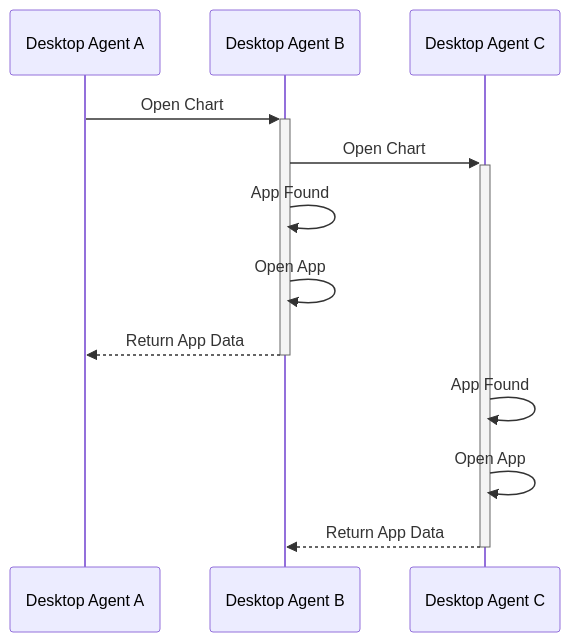
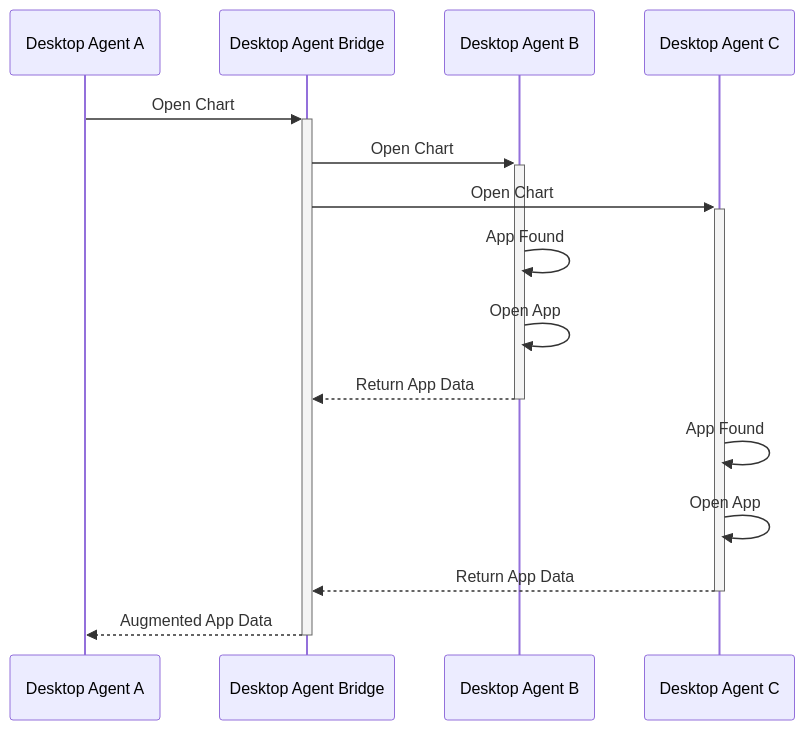
One commit to finos/FDC3 changed the fourth of 6 diagrams in docs/api-bridging/spec.md. Above: the diagram before and after it, drawn with Mermaid. The commit also changed other lines of this file, not shown here.

Commit message:
spec update - standalone bridge

````diff
--- a/docs/api-bridging/spec.md
+++ b/docs/api-bridging/spec.md
@@ -1017,14 +1074,17 @@
 ```mermaid
 sequenceDiagram
     participant DA as Desktop Agent A
+    participant DAB as Desktop Agent Bridge
     participant DB as Desktop Agent B
     participant DC as Desktop Agent C
-    DA ->>+ DB: Open Chart
-    DB ->>+ DC: Open Chart
+    DA ->>+ DAB: Open Chart
+    DAB ->>+ DB: Open Chart
+    DAB ->>+ DC: Open Chart
     DB ->> DB: App Found
     DB ->> DB: Open App
-    DB -->>- DA: Return App Data
+    DB -->>- DAB: Return App Data
     DC ->> DC: App Found
     DC ->> DC: Open App
-    DC -->>- DB: Return App Data
+    DC -->>- DAB: Return App Data
+    DAB -->>- DA: Augmented App Data
 ```
````
